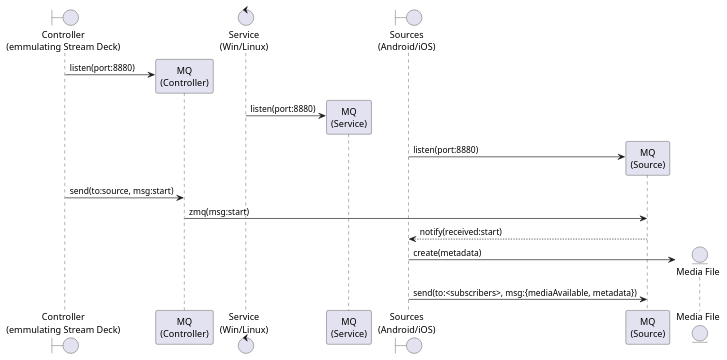
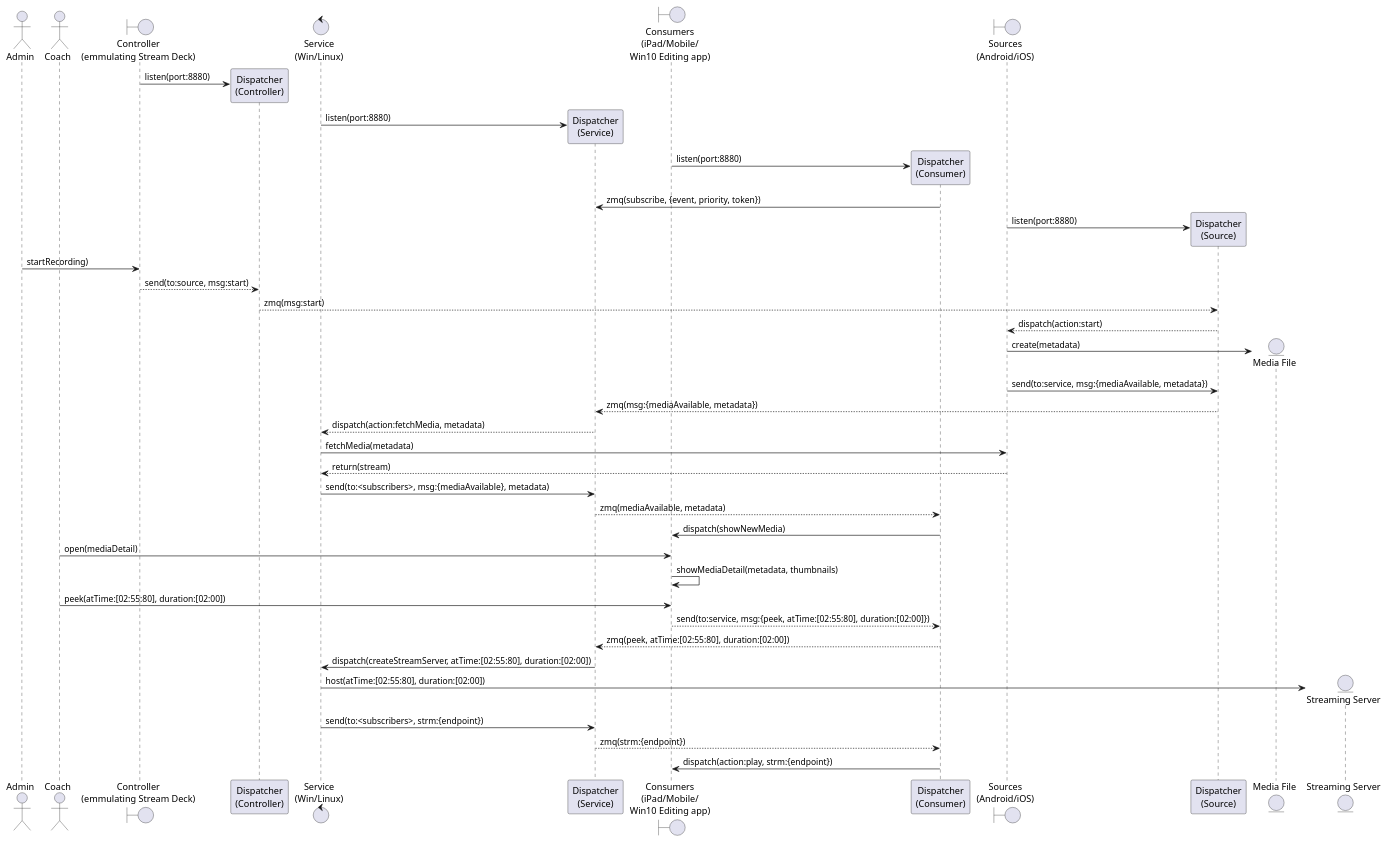
Before and after one commit to manish-drake/sportspiparch: the diagram in SP0321.puml, drawn with PlantUML. The commit also changed other lines of this file and 1 other file, not shown here.

```diff
--- a/SP0321.puml
+++ b/SP0321.puml
@@ -1,23 +1,49 @@
 @startuml Message Queue
 
+actor admin as "Admin"
+actor coach as "Coach"
+boundary emu as "Controller\n(emmulating Stream Deck)"
+create mq_emu as "Dispatcher\n(Controller)"
+emu -> mq_emu: listen(port:8880)
 
-boundary emu as "Controller\n(emmulating Stream Deck)"
-create mq_emu as "MQ\n(Controller)"
-emu -> mq_emu: listen(port:8880)
 control srv as "Service\n(Win/Linux)"
-create mq_srv as "MQ\n(Service)"
+create mq_srv as "Dispatcher\n(Service)"
 srv -> mq_srv: listen(port:8880)
+
+boundary cns as "Consumers\n(iPad/Mobile/\nWin10 Editing app)"
+create mq_cns as "Dispatcher\n(Consumer)"
+cns -> mq_cns: listen(port:8880)
+
+mq_cns -> mq_srv: zmq(subscribe, {event, priority, token})
+
 boundary src as "Sources\n(Android/iOS)"
-create mq_src as "MQ\n(Source)"
+create mq_src as "Dispatcher\n(Source)"
 src -> mq_src: listen(port:8880)
 
-
-emu -> mq_emu: send(to:source, msg:start)
-mq_emu -> mq_src: zmq(msg:start)
-mq_src --> src: notify(received:start)
+admin -> emu: startRecording)
+emu --> mq_emu: send(to:source, msg:start)
+mq_emu --> mq_src: zmq(msg:start)
+mq_src --> src: dispatch(action:start)
 create entity vid as "Media File"
 src -> vid: create(metadata)
-src -> mq_src: send(to:<subscribers>, msg:{mediaAvailable, metadata})
+src -> mq_src: send(to:service, msg:{mediaAvailable, metadata})
+mq_src --> mq_srv: zmq(msg:{mediaAvailable, metadata})
 
-
+mq_srv --> srv: dispatch(action:fetchMedia, metadata)
+srv -> src: fetchMedia(metadata)
+src --> srv: return(stream)
+srv -> mq_srv: send(to:<subscribers>, msg:{mediaAvailable}, metadata)
+mq_srv --> mq_cns: zmq(mediaAvailable, metadata)
+mq_cns -> cns: dispatch(showNewMedia)
+coach -> cns: open(mediaDetail)
+cns -> cns: showMediaDetail(metadata, thumbnails)
+coach -> cns: peek(atTime:[02:55:80], duration:[02:00])
+cns --> mq_cns: send(to:service, msg:{peek, atTime:[02:55:80], duration:[02:00]})
+mq_cns --> mq_srv: zmq(peek, atTime:[02:55:80], duration:[02:00])
+mq_srv -> srv: dispatch(createStreamServer, atTime:[02:55:80], duration:[02:00])
+create entity strm as "Streaming Server"
+srv -> strm: host(atTime:[02:55:80], duration:[02:00])
+srv -> mq_srv: send(to:<subscribers>, strm:{endpoint})
+mq_srv --> mq_cns: zmq(strm:{endpoint})
+mq_cns -> cns: dispatch(action:play, strm:{endpoint})
 @enduml
```
